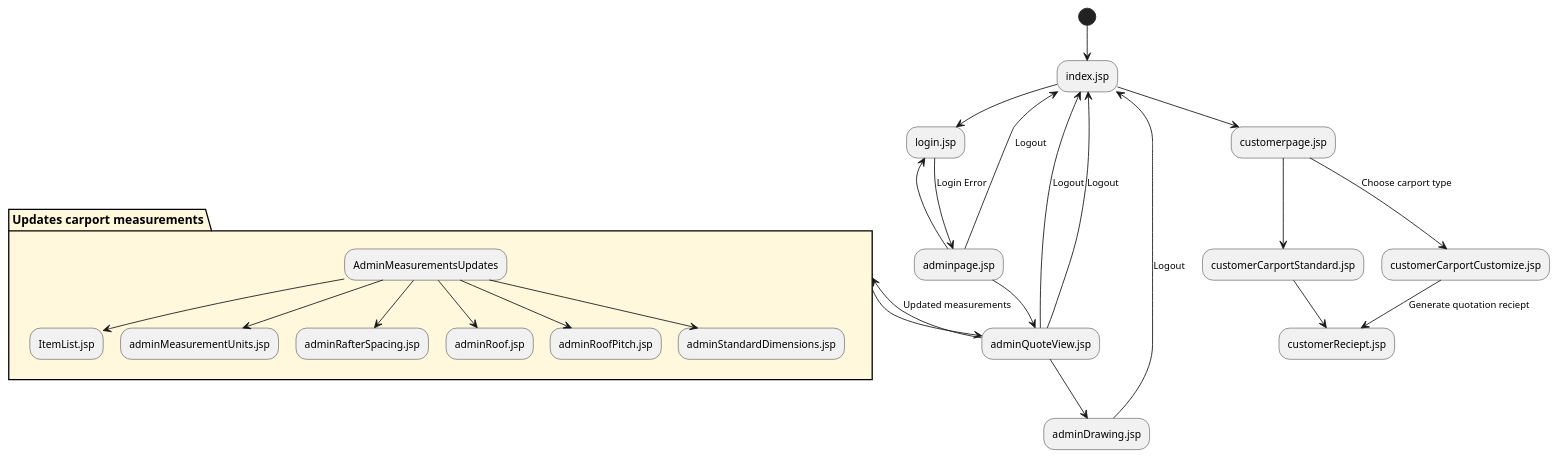
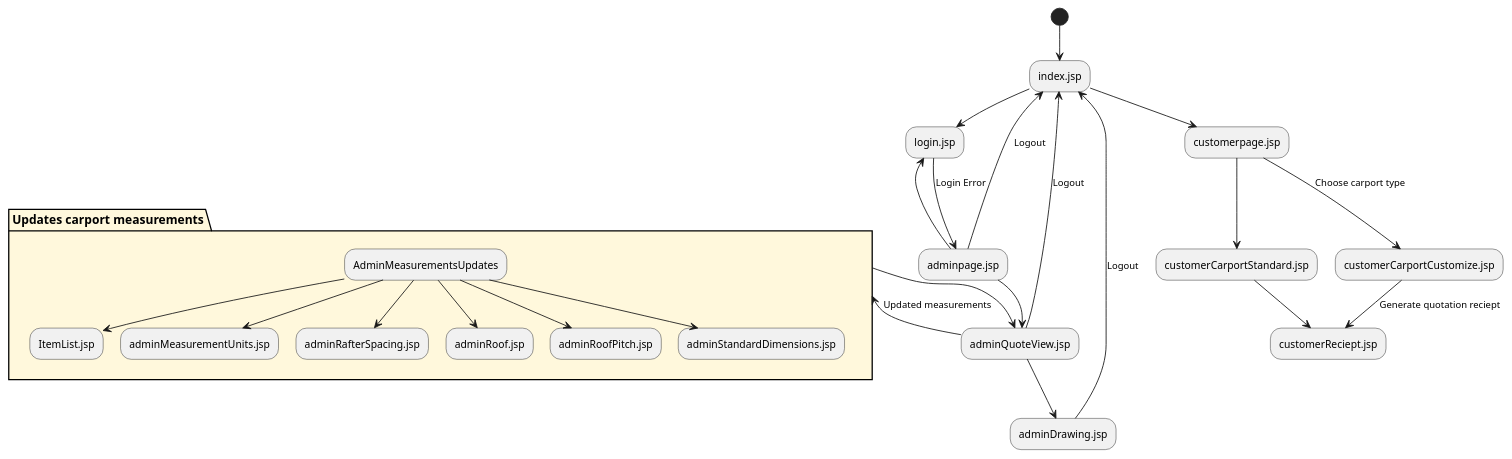
The diagram in src/UML/NavigationModel.puml (Jean-Poul/Eksamensprojekt_Fog), drawn with PlantUML before and after one commit. The commit also changed 7 other files, not shown here.

Commit message:
UML update part 2

```diff
--- a/src/UML/NavigationModel.puml
+++ b/src/UML/NavigationModel.puml
@@ -1,32 +1,31 @@
 @startuml
 (*) --> "index.jsp"
 "index.jsp" --> "login.jsp"
 "index.jsp" --> "customerpage.jsp"
 
 "adminpage.jsp" --> "login.jsp"
 "login.jsp" --> [Login Error] "adminpage.jsp"
 "adminpage.jsp" --> [Logout] "index.jsp"
 "adminpage.jsp" --> "adminQuoteView.jsp"
-"adminQuoteView.jsp" --> [Logout] "index.jsp"
 "adminQuoteView.jsp" -left-> [Logout] "index.jsp"
 "adminQuoteView.jsp" --> "adminDrawing.jsp"
 "adminDrawing.jsp" -left-> [Logout] "index.jsp"
 "adminQuoteView.jsp" --> [Updated measurements] "Updates carport measurements"
 "Updates carport measurements" --> "adminQuoteView.jsp"
 
 partition "Updates carport measurements" #FFF8DC{
 AdminMeasurementsUpdates --> "ItemList.jsp"
 AdminMeasurementsUpdates --> "adminMeasurementUnits.jsp"
 AdminMeasurementsUpdates --> "adminRafterSpacing.jsp"
 AdminMeasurementsUpdates --> "adminRoof.jsp"
 AdminMeasurementsUpdates --> "adminRoofPitch.jsp"
 AdminMeasurementsUpdates --> "adminStandardDimensions.jsp"
 }
 
 "customerpage.jsp" --> [Choose carport type] "customerCarportCustomize.jsp"
 "customerpage.jsp" --> "customerCarportStandard.jsp"
 "customerCarportCustomize.jsp" --> [Generate quotation reciept] "customerReciept.jsp"
 "customerCarportStandard.jsp" --> "customerReciept.jsp"
 
 
 @enduml
```
